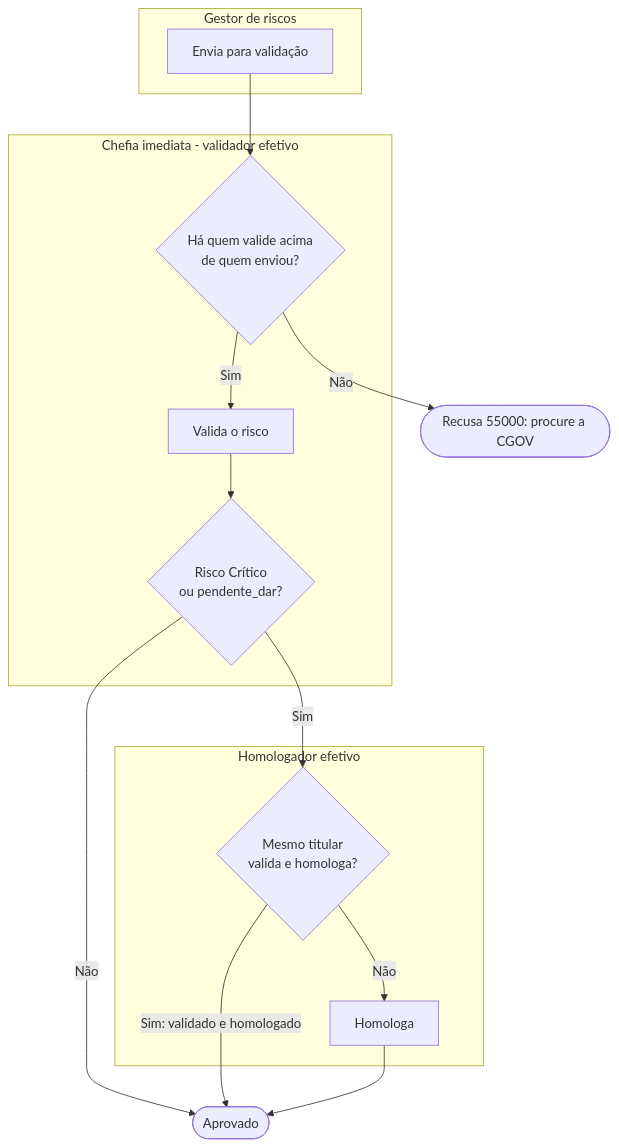
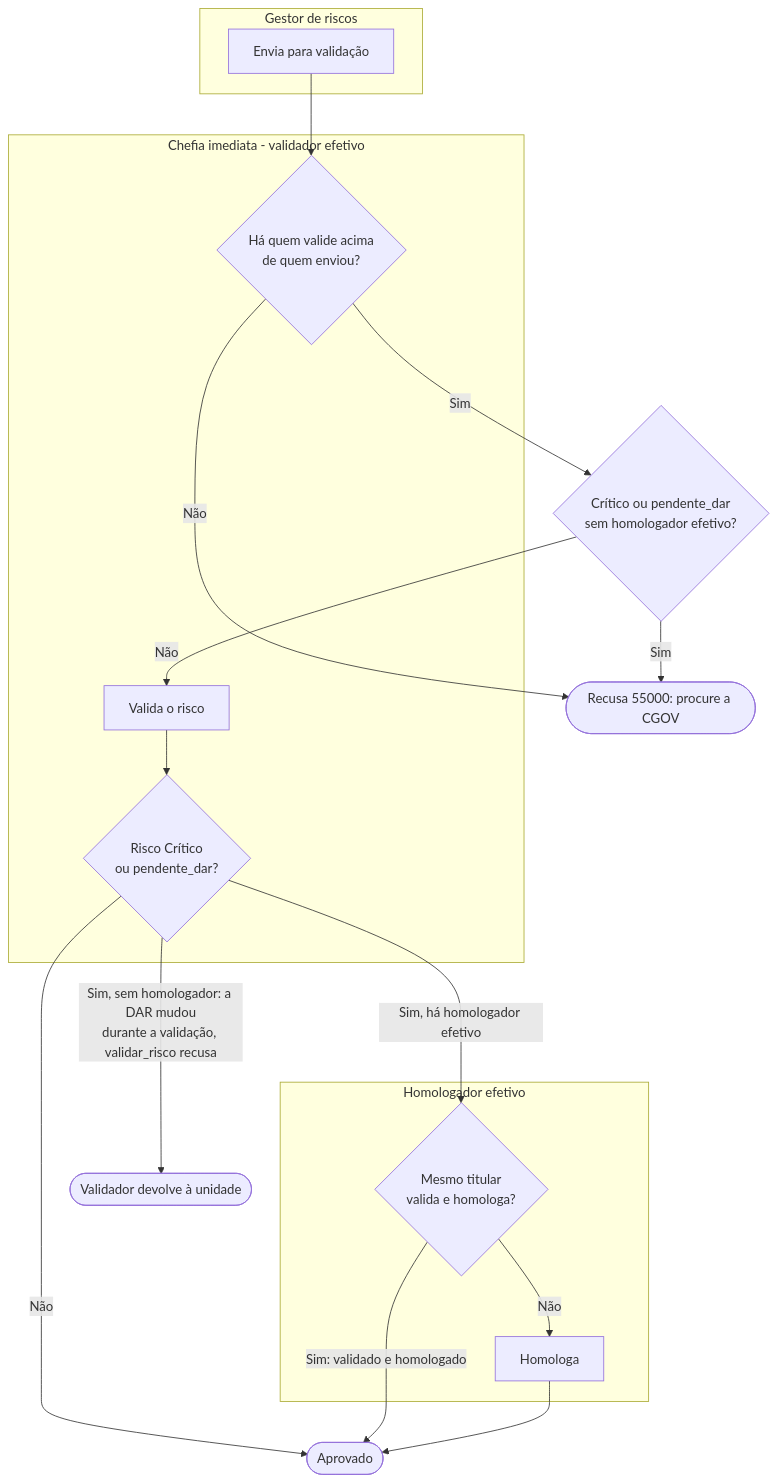
The second of 3 diagrams in docs/50-nivel5-software/uml-02-atividades.md (lpchagas/cgov-riscos), drawn with Mermaid before and after one commit. The commit also changed other lines of this file and 5 other files, not shown here.

````diff
--- a/docs/50-nivel5-software/uml-02-atividades.md
+++ b/docs/50-nivel5-software/uml-02-atividades.md
@@ -56,24 +57,28 @@
 ```mermaid
 flowchart TD
   subgraph GES[Gestor de riscos]
     env[Envia para validação]
   end
   subgraph VAL[Chefia imediata - validador efetivo]
     v{Há quem valide acima<br/>de quem enviou?}
     val[Valida o risco]
     crit{Risco Crítico<br/>ou pendente_dar?}
   end
   subgraph HOM[Homologador efetivo]
     h{Mesmo titular<br/>valida e homologa?}
     hom[Homologa]
   end
   rec([Recusa 55000: procure a CGOV])
+  dev([Validador devolve à unidade])
   apr([Aprovado])
   env --> v
   v -->|Não| rec
-  v -->|Sim| val --> crit
+  v -->|Sim| hok{Crítico ou pendente_dar<br/>sem homologador efetivo?}
+  hok -->|Sim| rec
+  hok -->|Não| val --> crit
   crit -->|Não| apr
-  crit -->|Sim| h
+  crit -->|Sim, há homologador efetivo| h
+  crit -->|Sim, sem homologador: a DAR mudou<br/>durante a validação, validar_risco recusa| dev
   h -->|Sim: validado e homologado| apr
   h -->|Não| hom --> apr
 ```
````
